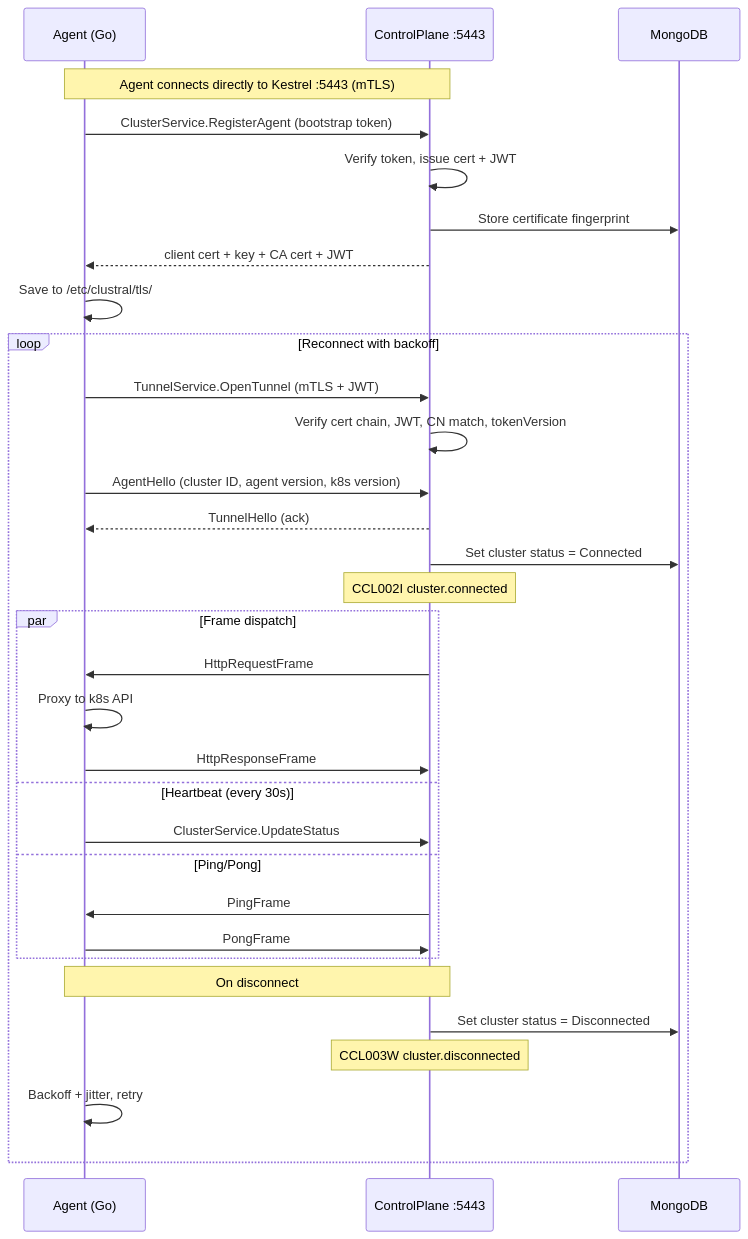
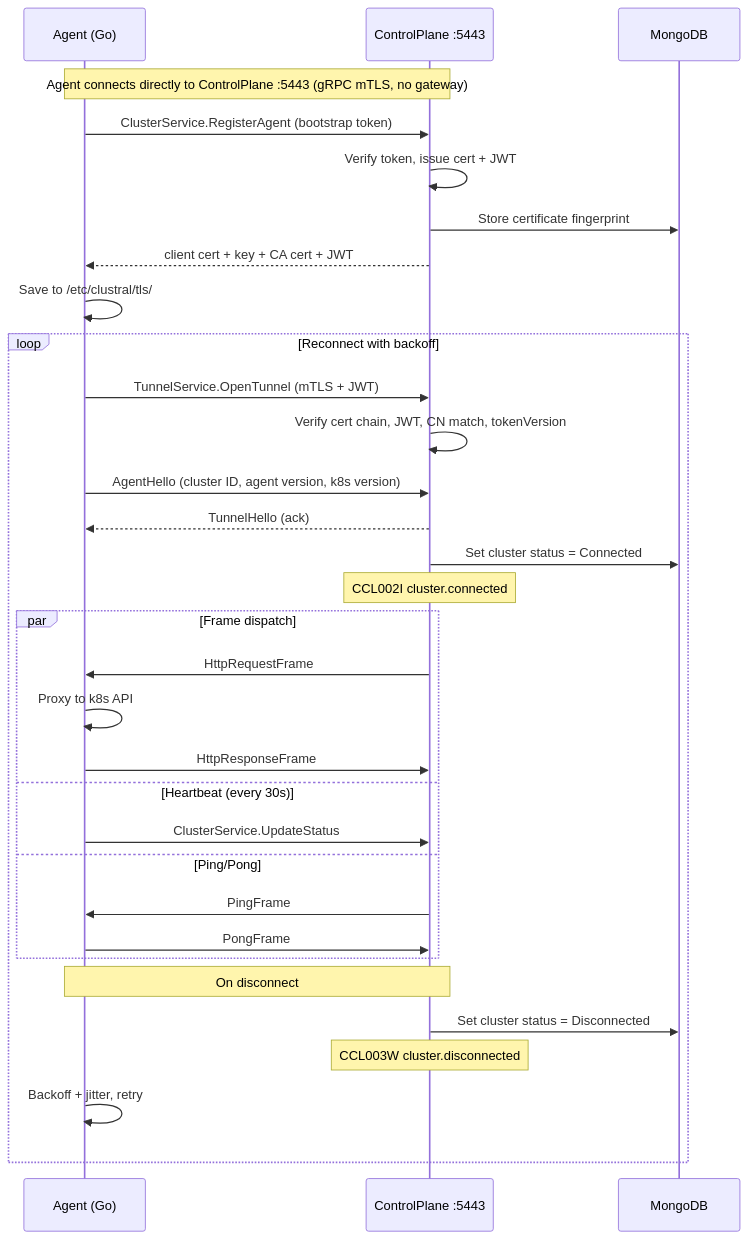
The fourth of 19 diagrams in README.md (Clustral/clustral), drawn with Mermaid before and after one commit. The commit also changed other lines of this file and 67 other files, not shown here.

````diff
--- a/README.md
+++ b/README.md
@@ -128,39 +140,39 @@
 ```mermaid
 sequenceDiagram
     participant Agent as Agent (Go)
     participant CP as ControlPlane :5443
     participant DB as MongoDB
 
-    Note over Agent,CP: Agent connects directly to Kestrel :5443 (mTLS)
+    Note over Agent,CP: Agent connects directly to ControlPlane :5443 (gRPC mTLS, no gateway)
 
     Agent->>CP: ClusterService.RegisterAgent (bootstrap token)
     CP->>CP: Verify token, issue cert + JWT
     CP->>DB: Store certificate fingerprint
     CP-->>Agent: client cert + key + CA cert + JWT
     Agent->>Agent: Save to /etc/clustral/tls/
 
     loop Reconnect with backoff
         Agent->>CP: TunnelService.OpenTunnel (mTLS + JWT)
         CP->>CP: Verify cert chain, JWT, CN match, tokenVersion
         Agent->>CP: AgentHello (cluster ID, agent version, k8s version)
         CP-->>Agent: TunnelHello (ack)
         CP->>DB: Set cluster status = Connected
         Note over CP: CCL002I cluster.connected
 
         par Frame dispatch
             CP->>Agent: HttpRequestFrame
             Agent->>Agent: Proxy to k8s API
             Agent->>CP: HttpResponseFrame
         and Heartbeat (every 30s)
             Agent->>CP: ClusterService.UpdateStatus
         and Ping/Pong
             CP->>Agent: PingFrame
             Agent->>CP: PongFrame
         end
 
         Note over Agent,CP: On disconnect
         CP->>DB: Set cluster status = Disconnected
         Note over CP: CCL003W cluster.disconnected
         Agent->>Agent: Backoff + jitter, retry
     end
 ```
````
